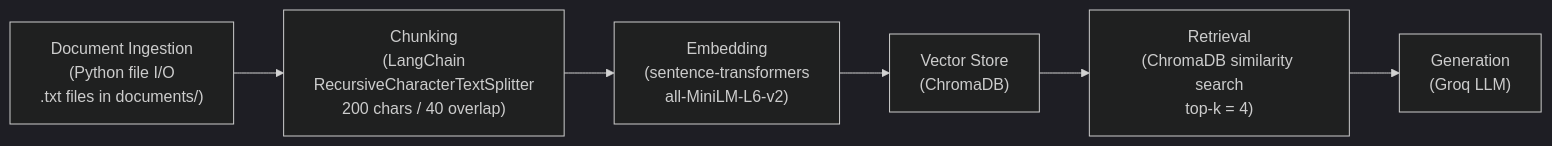
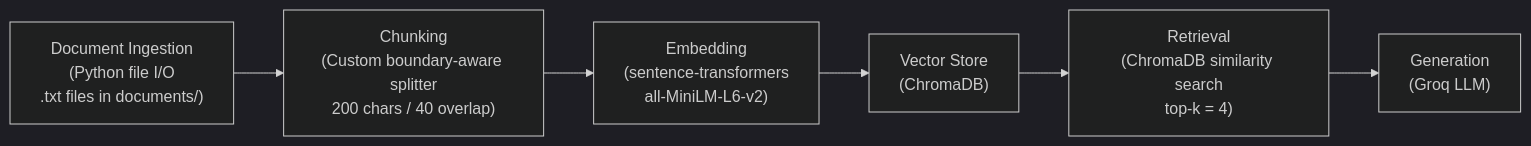
One commit to saimantmg01/ai201-project1-unofficial-guide-starter changed the diagram in planning.md. Above: the diagram before and after it, drawn with Mermaid (dark theme). The commit also changed other lines of this file and 2 other files, not shown here.

````diff
--- a/planning.md
+++ b/planning.md
@@ -113,9 +113,9 @@
 ```mermaid
 flowchart LR
     A["Document Ingestion\n(Python file I/O\n.txt files in documents/)"]
-    --> B["Chunking\n(LangChain\nRecursiveCharacterTextSplitter\n200 chars / 40 overlap)"]
+    --> B["Chunking\n(Custom boundary-aware splitter\n200 chars / 40 overlap)"]
     --> C["Embedding\n(sentence-transformers\nall-MiniLM-L6-v2)"]
     --> D["Vector Store\n(ChromaDB)"]
     --> E["Retrieval\n(ChromaDB similarity search\ntop-k = 4)"]
     --> F["Generation\n(Groq LLM)"]
 ```
````
